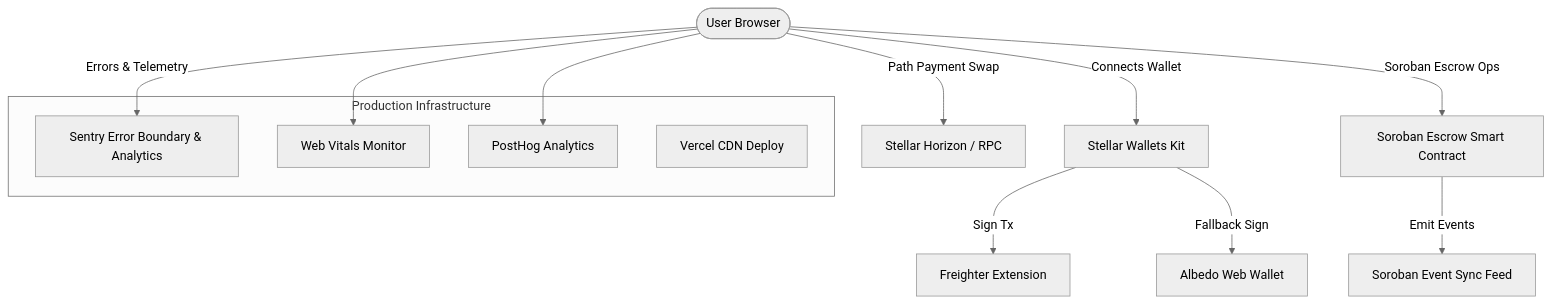
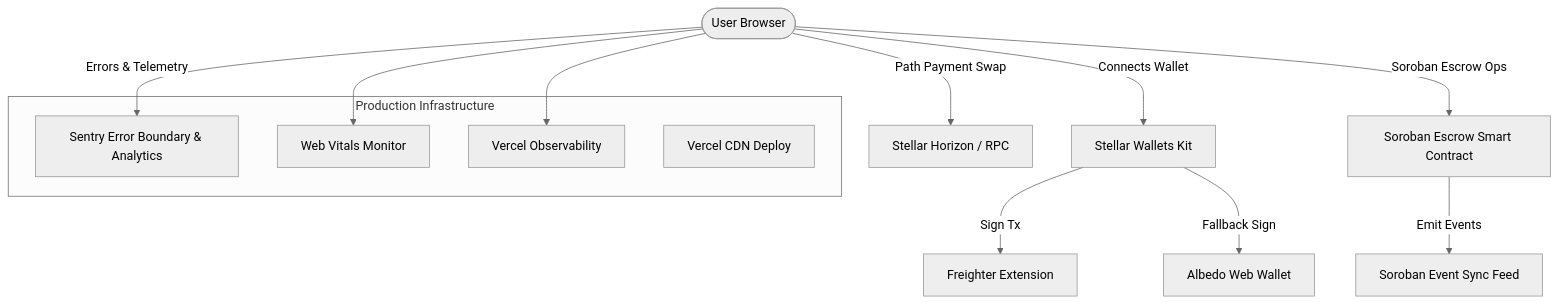
The diagram in README.md (ps910/StellarSwap-Pro), drawn with Mermaid (neutral theme) before and after one commit. The commit also changed other lines of this file and 2 other files, not shown here.

Commit message:
docs(submission): add analytics monitoring screenshot, demo video guide, and complete submission checklist mapping

````diff
--- a/README.md
+++ b/README.md
@@ -32,23 +33,23 @@
 ```mermaid
 graph TD
     User([User Browser]) -->|Connects Wallet| WalletKit[Stellar Wallets Kit]
     WalletKit -->|Sign Tx| Freighter[Freighter Extension]
     WalletKit -->|Fallback Sign| Albedo[Albedo Web Wallet]
     
     User -->|Path Payment Swap| PathDEX[Stellar Horizon / RPC]
     User -->|Soroban Escrow Ops| EscrowContract[Soroban Escrow Smart Contract]
     
     EscrowContract -->|Emit Events| EventFeed[Soroban Event Sync Feed]
     
     User -->|Errors & Telemetry| Sentry[Sentry Error Boundary & Analytics]
     
     subgraph Production Infrastructure
         Sentry
         WebVitals[Web Vitals Monitor]
-        Analytics[PostHog Analytics]
+        Analytics[Vercel Observability]
         Vercel[Vercel CDN Deploy]
     end
     
     User --> WebVitals
     User --> Analytics
 ```
````
